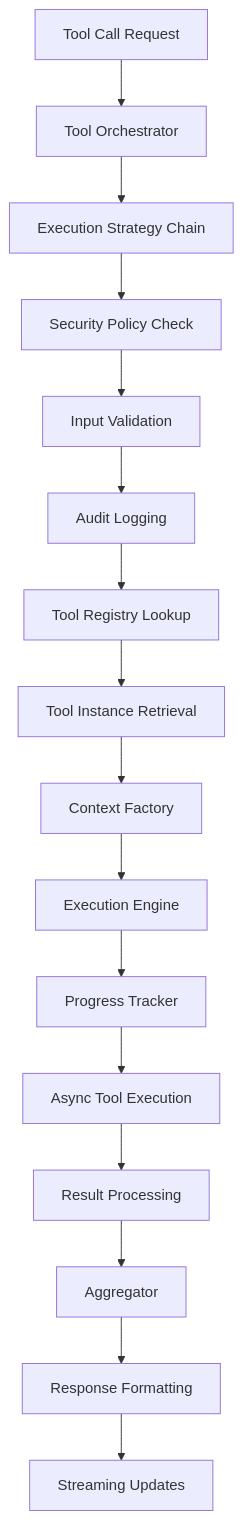
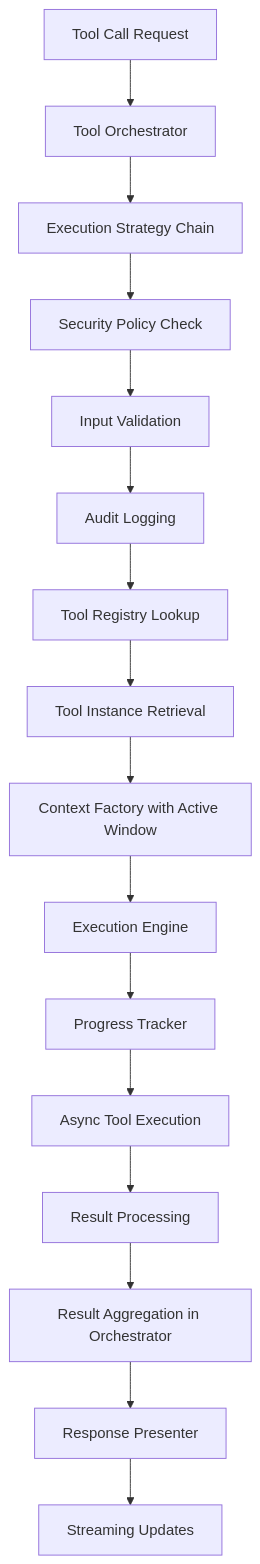
One commit to buiilding/My_Own_OpenClaw changed the second of 3 diagrams in backend/docs/architecture/architecture.md. Above: the diagram before and after it, drawn with Mermaid. The commit also changed other lines of this file and 78 other files, not shown here.

Commit message:
finally realized tool schemas should be in the intial user message, now the ai is ready to go

````diff
--- a/backend/docs/architecture/architecture.md
+++ b/backend/docs/architecture/architecture.md
@@ -301,18 +321,18 @@
 ```mermaid
 graph TD
     A[Tool Call Request] --> B[Tool Orchestrator]
     B --> C[Execution Strategy Chain]
     C --> D[Security Policy Check]
     D --> E[Input Validation]
     E --> F[Audit Logging]
     F --> G[Tool Registry Lookup]
     G --> H[Tool Instance Retrieval]
-    H --> I[Context Factory]
+    H --> I[Context Factory with Active Window]
     I --> J[Execution Engine]
     J --> K[Progress Tracker]
     K --> L[Async Tool Execution]
     L --> M[Result Processing]
-    M --> N[Aggregator]
-    N --> O[Response Formatting]
+    M --> N[Result Aggregation in Orchestrator]
+    N --> O[Response Presenter]
     O --> P[Streaming Updates]
 ```
````
